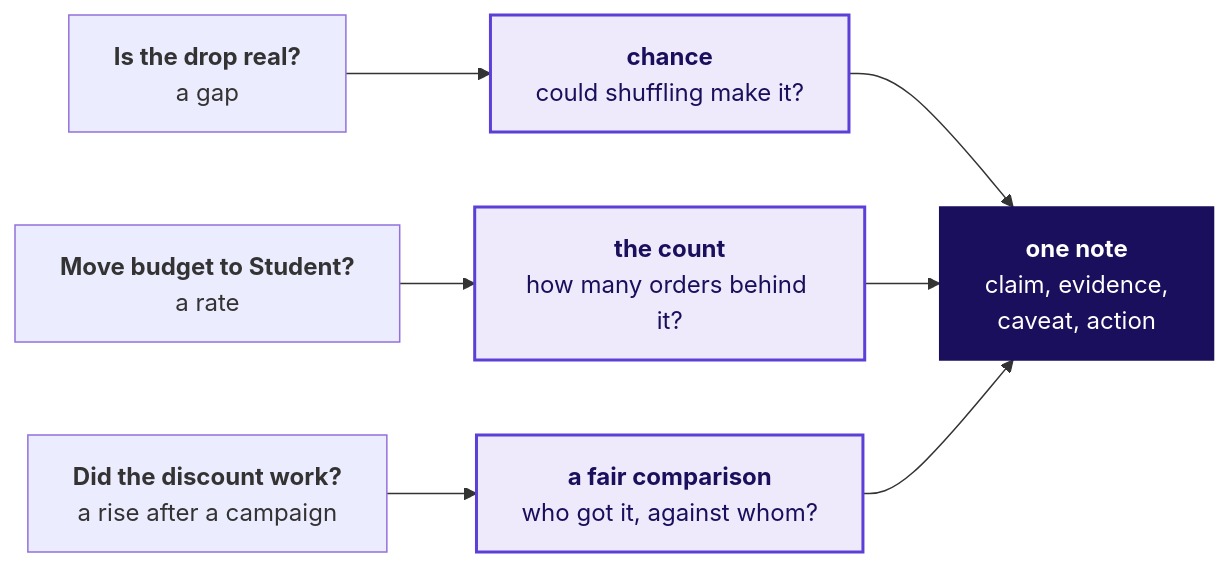
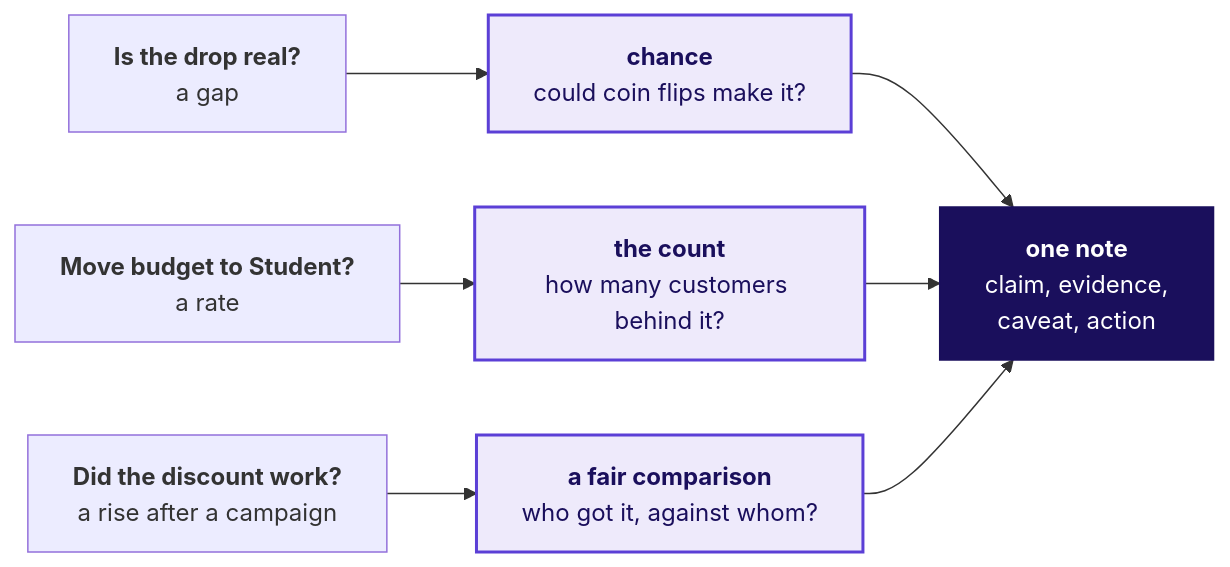
Before and after one commit to fde-academy-lab/c2-content-factory: the first of 30 diagrams in content/W01/D4/slides/C2_W01_D04_half1_STUDENT.md, drawn with Mermaid. The commit also changed other lines of this file and 1 other file, not shown here.

````diff
--- a/content/W01/D4/slides/C2_W01_D04_half1_STUDENT.md
+++ b/content/W01/D4/slides/C2_W01_D04_half1_STUDENT.md
@@ -63,13 +85,13 @@
 ```mermaid
 flowchart LR
-    Q1["<b>Is the drop real?</b><br/>a gap"] --> H1["<b>chance</b><br/>could shuffling make it?"]
-    Q2["<b>Move budget to Student?</b><br/>a rate"] --> H2["<b>the count</b><br/>how many orders behind it?"]
+    Q1["<b>Is the drop real?</b><br/>a gap"] --> H1["<b>chance</b><br/>could coin flips make it?"]
+    Q2["<b>Move budget to Student?</b><br/>a rate"] --> H2["<b>the count</b><br/>how many customers behind it?"]
     Q3["<b>Did the discount work?</b><br/>a rise after a campaign"] --> H3["<b>a fair comparison</b><br/>who got it, against whom?"]
     H1 --> N["<b>one note</b><br/>claim, evidence,<br/>caveat, action"]
     H2 --> N
     H3 --> N
     classDef known fill:#EEEAFB,stroke:#5B3FD6,color:#1A0F5C,stroke-width:2px
     classDef bet fill:#1A0F5C,stroke:#1A0F5C,color:#FFFFFF
     class H1,H2,H3 known
     class N bet
 ```
````
